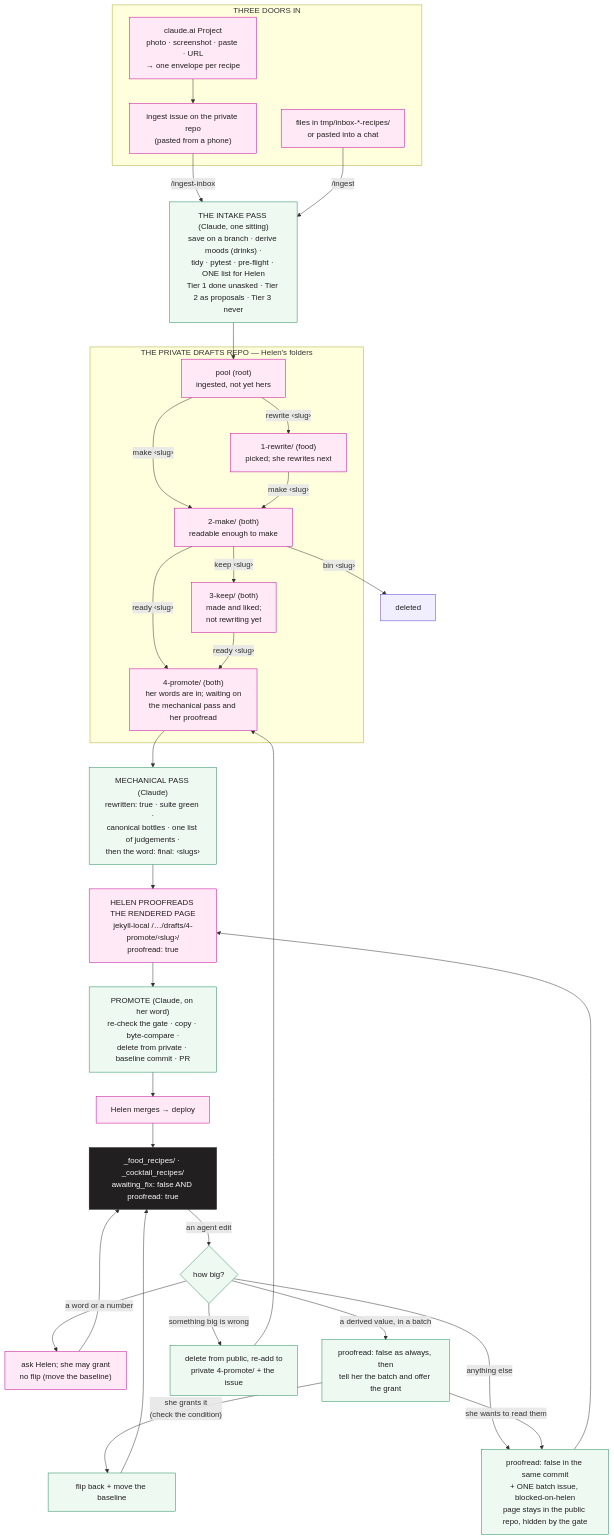
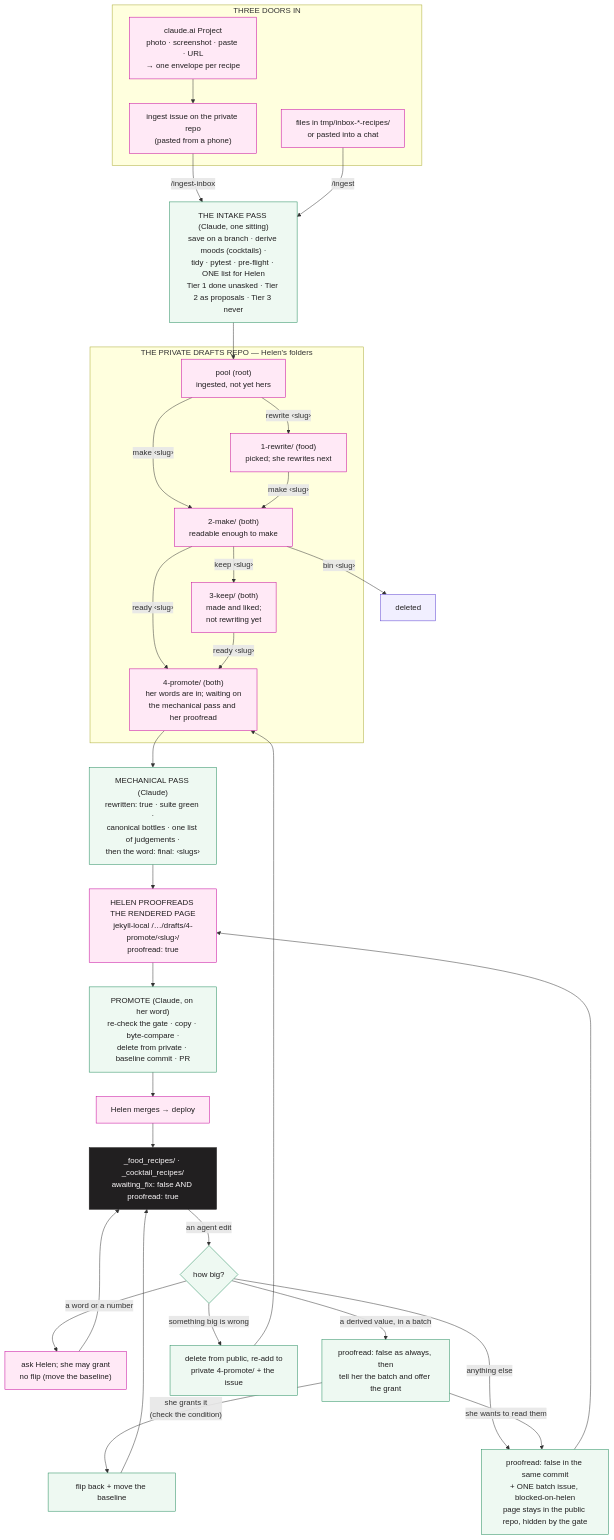
Before and after one commit to DeckOfPandas/helen-triages: the diagram in model_instructions/PIPELINE.md, drawn with Mermaid. The commit also changed other lines of this file and 11 other files, not shown here.

First line of the commit message:
(docs) the documents say "cocktail recipes", "recipes" for both, and never "recipes and cocktails"

````diff
--- a/model_instructions/PIPELINE.md
+++ b/model_instructions/PIPELINE.md
@@ -24,55 +24,55 @@
 ```mermaid
 flowchart TD
     classDef helen fill:#ffe9f6,stroke:#c4009a,color:#211f20
     classDef claude fill:#eef9f2,stroke:#1f8a5a,color:#211f20
     classDef machine fill:#f1efff,stroke:#5b3fd1,color:#211f20
     classDef live fill:#211f20,stroke:#211f20,color:#faf7f8
 
     subgraph IN["THREE DOORS IN"]
         W["claude.ai Project<br/>photo · screenshot · paste · URL<br/>→ one envelope per recipe"]:::helen
         I["ingest issue on the private repo<br/>(pasted from a phone)"]:::helen
         T["files in tmp/inbox-*-recipes/<br/>or pasted into a chat"]:::helen
     end
 
     W --> I
     I -->|"/ingest-inbox"| P
     T -->|"/ingest"| P
 
-    P["THE INTAKE PASS (Claude, one sitting)<br/>save on a branch · derive moods (drinks) ·<br/>tidy · pytest · pre-flight · ONE list for Helen<br/>Tier 1 done unasked · Tier 2 as proposals · Tier 3 never"]:::claude
+    P["THE INTAKE PASS (Claude, one sitting)<br/>save on a branch · derive moods (cocktails) ·<br/>tidy · pytest · pre-flight · ONE list for Helen<br/>Tier 1 done unasked · Tier 2 as proposals · Tier 3 never"]:::claude
 
     P --> POOL
 
     subgraph DRAFTS["THE PRIVATE DRAFTS REPO — Helen's folders"]
         POOL["pool (root)<br/>ingested, not yet hers"]:::helen
         RW["1-rewrite/ (food)<br/>picked; she rewrites next"]:::helen
         MK["2-make/ (both)<br/>readable enough to make"]:::helen
         KP["3-keep/ (both)<br/>made and liked;<br/>not rewriting yet"]:::helen
         PR["4-promote/ (both)<br/>her words are in; waiting on<br/>the mechanical pass and her proofread"]:::helen
     end
 
     POOL -->|"rewrite ‹slug›"| RW
     POOL -->|"make ‹slug›"| MK
     RW -->|"make ‹slug›"| MK
     MK -->|"keep ‹slug›"| KP
     MK -->|"ready ‹slug›"| PR
     KP -->|"ready ‹slug›"| PR
     MK -->|"bin ‹slug›"| BIN["deleted"]:::machine
 
     PR --> MP["MECHANICAL PASS (Claude)<br/>rewritten: true · suite green ·<br/>canonical bottles · one list of judgements ·<br/>then the word: final: ‹slugs›"]:::claude
     MP --> PF["HELEN PROOFREADS THE RENDERED PAGE<br/>jekyll-local /…/drafts/4-promote/‹slug›/<br/>proofread: true"]:::helen
     PF --> PROMO["PROMOTE (Claude, on her word)<br/>re-check the gate · copy · byte-compare ·<br/>delete from private · baseline commit · PR"]:::claude
     PROMO --> MERGE["Helen merges → deploy"]:::helen
     MERGE --> LIVE["_food_recipes/ · _cocktail_recipes/<br/>awaiting_fix: false AND proofread: true"]:::live
 
     LIVE -->|"an agent edit"| TOUCH{"how big?"}:::claude
     TOUCH -->|"a word or a number"| ASK["ask Helen; she may grant<br/>no flip (move the baseline)"]:::helen
     TOUCH -->|"a derived value, in a batch"| DERIVED["proofread: false as always, then<br/>tell her the batch and offer the grant"]:::claude
     TOUCH -->|"anything else"| DEMOTE["proofread: false in the same commit<br/>+ ONE batch issue, blocked-on-helen<br/>page stays in the public repo, hidden by the gate"]:::claude
     TOUCH -->|"something big is wrong"| BACK["delete from public, re-add to<br/>private 4-promote/ + the issue"]:::claude
     DERIVED -->|"she grants it<br/>(check the condition)"| GRANT["flip back + move the baseline"]:::claude
     DERIVED -->|"she wants to read them"| DEMOTE
     GRANT --> LIVE
     DEMOTE --> PF
     BACK --> PR
     ASK --> LIVE
 ```
````
